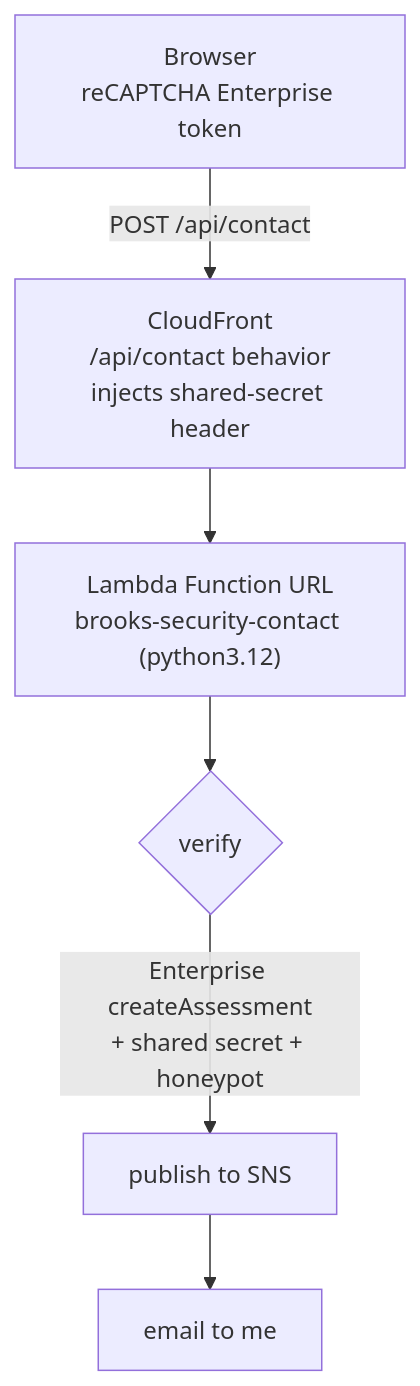
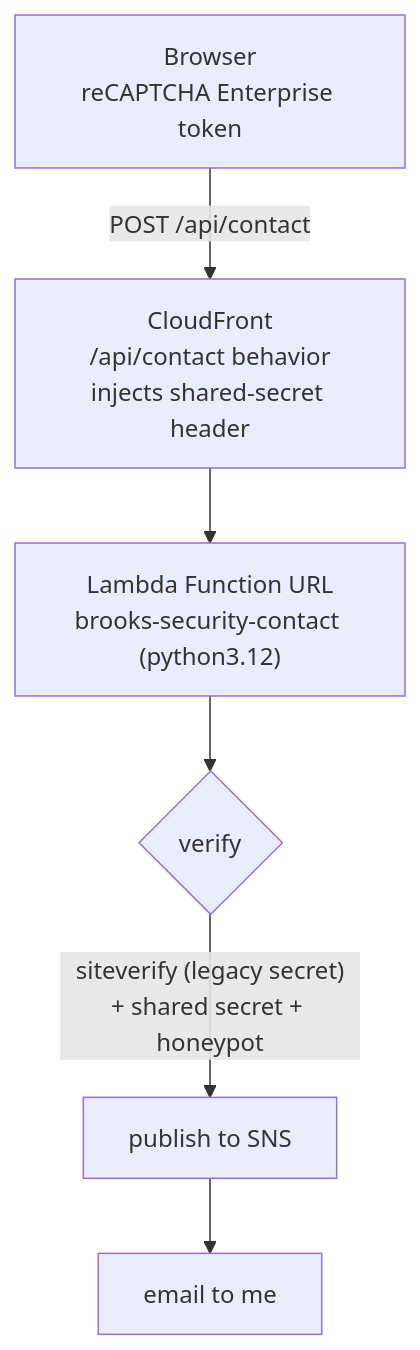
One commit to brooks-security-com/brooks-security.com changed the fourth of 4 diagrams in hugo/content/docs/Portfolio/GitOps.md. Above: the diagram before and after it, drawn with Mermaid. The commit also changed other lines of this file and 5 other files, not shown here.

First line of the commit message:
fix(contact): verify via legacy siteverify secret, drop API-key path

````diff
--- a/hugo/content/docs/Portfolio/GitOps.md
+++ b/hugo/content/docs/Portfolio/GitOps.md
@@ -102,8 +102,8 @@
 ```mermaid
 flowchart TD
     B["Browser<br/>reCAPTCHA Enterprise token"] -->|"POST /api/contact"| CF["CloudFront<br/>/api/contact behavior<br/>injects shared-secret header"]
     CF --> FU["Lambda Function URL<br/>brooks-security-contact (python3.12)"]
     FU --> V{"verify"}
-    V -->|"Enterprise createAssessment<br/>+ shared secret + honeypot"| OK["publish to SNS"]
+    V -->|"siteverify (legacy secret)<br/>+ shared secret + honeypot"| OK["publish to SNS"]
     OK --> EM["email to me"]
 ```
````
